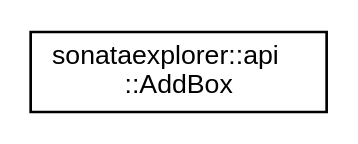
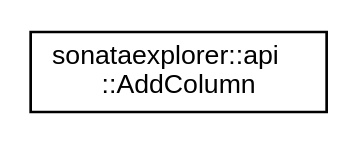
Before and after one commit to BlueBrain/BioExplorer: the diagram in docs/inherit_graph_213.dot, drawn with Graphviz. The commit also changed 679 other files, not shown here.

```diff
--- a/docs/inherit_graph_213.dot
+++ b/docs/inherit_graph_213.dot
@@ -1,8 +1,8 @@
 digraph "Graphical Class Hierarchy"
 {
  // LATEX_PDF_SIZE
   edge [fontname="Helvetica",fontsize="10",labelfontname="Helvetica",labelfontsize="10"];
   node [fontname="Helvetica",fontsize="10",shape=record];
   rankdir="LR";
-  Node0 [label="sonataexplorer::api\l::AddBox",height=0.2,width=0.4,color="black", fillcolor="white", style="filled",URL="$d2/d81/structsonataexplorer_1_1api_1_1AddBox.html",tooltip=" "];
+  Node0 [label="sonataexplorer::api\l::AddColumn",height=0.2,width=0.4,color="black", fillcolor="white", style="filled",URL="$d5/dca/structsonataexplorer_1_1api_1_1AddColumn.html",tooltip=" "];
 }
```
